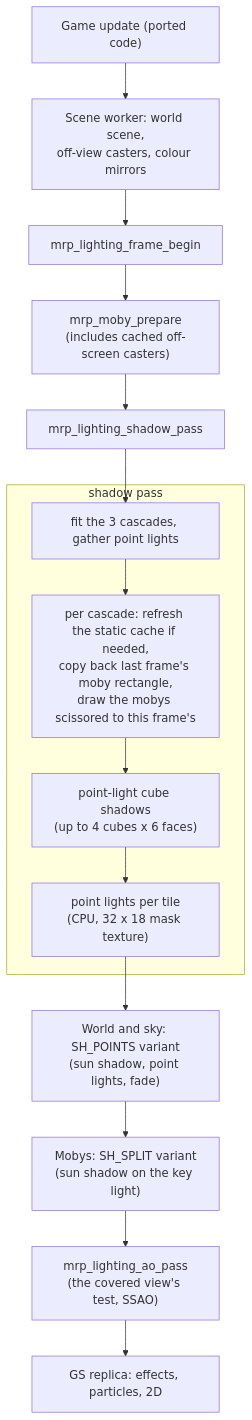
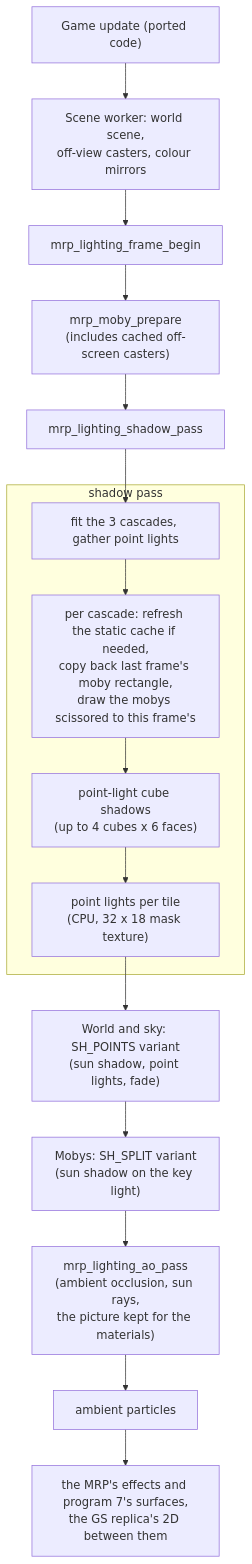
The diagram in docs/lighting.md (RAC-Native/rac1-native-game), drawn with Mermaid before and after one commit. The commit also changed other lines of this file and 11 other files, not shown here.

````diff
--- a/docs/lighting.md
+++ b/docs/lighting.md
@@ -162,17 +164,18 @@
 ```mermaid
 flowchart TD
     A["Game update (ported code)"] --> B["Scene worker: world scene,<br/>off-view casters, colour mirrors"]
     B --> C["mrp_lighting_frame_begin"]
     C --> D["mrp_moby_prepare<br/>(includes cached off-screen casters)"]
     D --> E["mrp_lighting_shadow_pass"]
     subgraph SP["shadow pass"]
         E1["fit the 3 cascades, gather point lights"] --> E2["per cascade: refresh the static cache if needed,<br/>copy back last frame's moby rectangle,<br/>draw the mobys scissored to this frame's"]
         E2 --> E3["point-light cube shadows<br/>(up to 4 cubes x 6 faces)"]
         E3 --> E4["point lights per tile<br/>(CPU, 32 x 18 mask texture)"]
     end
     E --> E1
     E4 --> F["World and sky: SH_POINTS variant<br/>(sun shadow, point lights, fade)"]
     F --> G["Mobys: SH_SPLIT variant<br/>(sun shadow on the key light)"]
-    G --> H["mrp_lighting_ao_pass<br/>(the covered view's test, SSAO)"]
-    H --> I["GS replica: effects, particles, 2D"]
+    G --> H["mrp_lighting_ao_pass<br/>(ambient occlusion, sun rays,<br/>the picture kept for the materials)"]
+    H --> P["ambient particles"]
+    P --> I["the MRP's effects and program 7's surfaces,<br/>the GS replica's 2D between them"]
 ```
````
